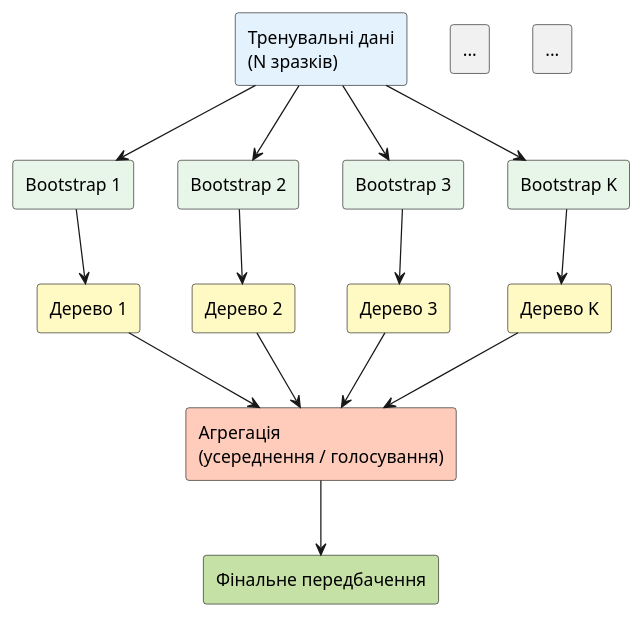
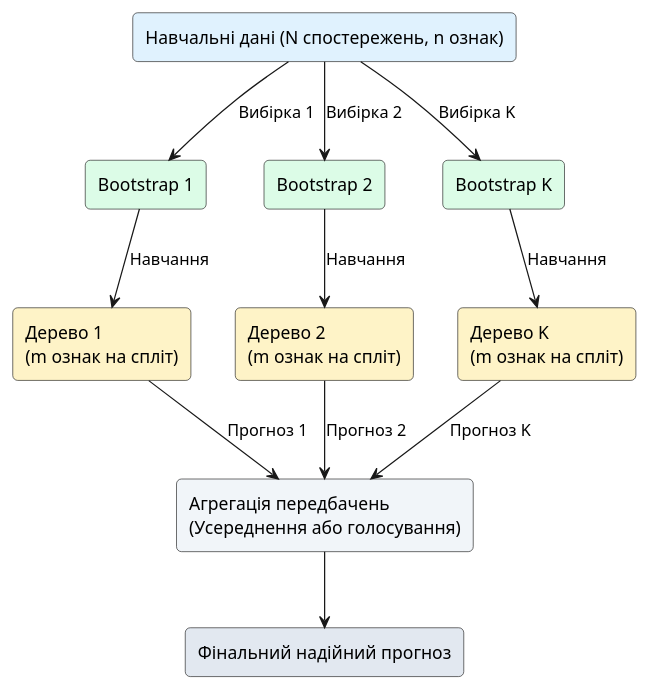
Before and after one commit to arakviel/kostyl.dev: the second of 2 diagrams in content/16.ai-python/09.decision-trees-random-forest/02.random-forest.md, drawn with PlantUML. The commit also changed other lines of this file and 11 other files, not shown here.

````diff
--- a/content/16.ai-python/09.decision-trees-random-forest/02.random-forest.md
+++ b/content/16.ai-python/09.decision-trees-random-forest/02.random-forest.md
@@ -191,41 +299,35 @@
 ```plantuml
 @startuml
 skinparam style plain
 skinparam backgroundColor #FFFFFF
+skinparam defaultFontName Arial
+skinparam roundCorner 8
 
-rectangle "Тренувальні дані\n(N зразків)" as data #E3F2FD
+rectangle "Навчальні дані (N спостережень, n ознак)" as train #E0F2FE
 
-rectangle "Bootstrap 1" as b1 #E8F5E9
-rectangle "Bootstrap 2" as b2 #E8F5E9
-rectangle "Bootstrap 3" as b3 #E8F5E9
-rectangle "..." as dots1
-rectangle "Bootstrap K" as bk #E8F5E9
+rectangle "Bootstrap 1" as b1 #DCFCE7
+rectangle "Bootstrap 2" as b2 #DCFCE7
+rectangle "Bootstrap K" as bk #DCFCE7
 
-rectangle "Дерево 1" as t1 #FFF9C4
-rectangle "Дерево 2" as t2 #FFF9C4
-rectangle "Дерево 3" as t3 #FFF9C4
-rectangle "..." as dots2
-rectangle "Дерево K" as tk #FFF9C4
+rectangle "Дерево 1\n(m ознак на спліт)" as t1 #FEF3C7
+rectangle "Дерево 2\n(m ознак на спліт)" as t2 #FEF3C7
+rectangle "Дерево K\n(m ознак на спліт)" as tk #FEF3C7
 
-rectangle "Агрегація\n(усереднення / голосування)" as agg #FFCCBC
-rectangle "Фінальне передбачення" as final #C5E1A5
+rectangle "Агрегація передбачень\n(Усереднення або голосування)" as agg #F1F5F9
+rectangle "Фінальний надійний прогноз" as final #E2E8F0
 
-data --> b1
-data --> b2
-data --> b3
-data --> bk
+train --> b1 : Вибірка 1
+train --> b2 : Вибірка 2
+train --> bk : Вибірка K
 
-b1 --> t1
-b2 --> t2
-b3 --> t3
-bk --> tk
+b1 --> t1 : Навчання
+b2 --> t2 : Навчання
+bk --> tk : Навчання
 
-t1 --> agg
-t2 --> agg
-t3 --> agg
-tk --> agg
+t1 --> agg : Прогноз 1
+t2 --> agg : Прогноз 2
+tk --> agg : Прогноз K
 
 agg --> final
-
 @enduml
 ```
````
